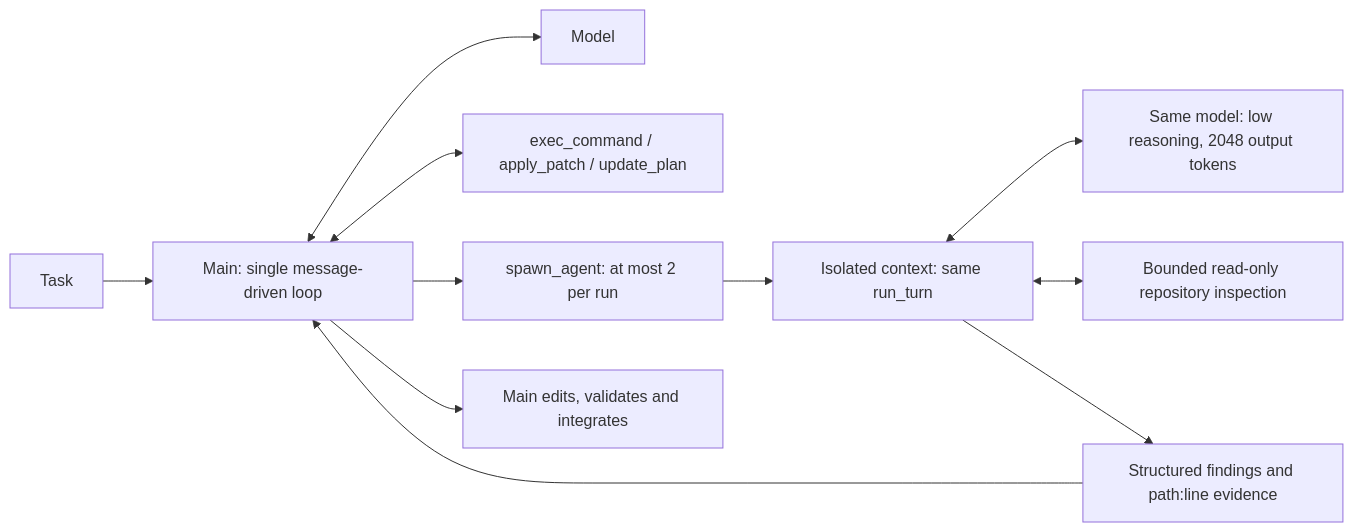
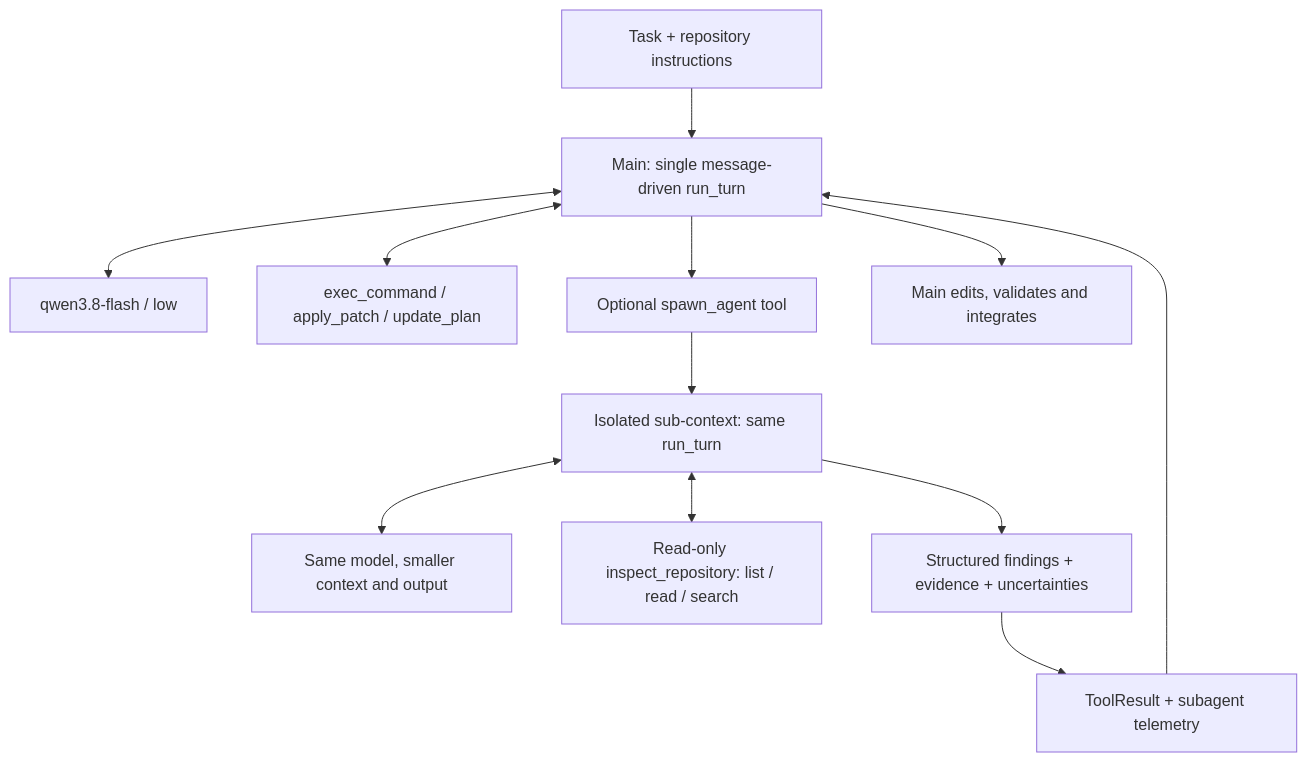
The diagram in docs/next/v0.3-final.md (K529529/Nexus), drawn with Mermaid before and after one commit. The commit also changed other lines of this file and 1 other file, not shown here.

````diff
--- a/docs/next/v0.3-final.md
+++ b/docs/next/v0.3-final.md
@@ -9,13 +11,14 @@
 ```mermaid
-flowchart LR
-    U[Task] --> M[Main: single message-driven loop]
-    M <--> L[Model]
+flowchart TD
+    U[Task + repository instructions] --> M[Main: single message-driven run_turn]
+    M <--> L[qwen3.8-flash / low]
     M <--> T[exec_command / apply_patch / update_plan]
-    M --> S[spawn_agent: at most 2 per run]
-    S --> C[Isolated context: same run_turn]
-    C <--> LM[Same model: low reasoning, 2048 output tokens]
-    C <--> R[Bounded read-only repository inspection]
-    C --> F[Structured findings and path:line evidence]
-    F --> M
-    M --> I[Main edits, validates and integrates]
+    M --> S[Optional spawn_agent tool]
+    S --> C[Isolated sub-context: same run_turn]
+    C <--> CM[Same model, smaller context and output]
+    C <--> R[Read-only inspect_repository: list / read / search]
+    C --> E[Structured findings + evidence + uncertainties]
+    E --> TR[ToolResult + subagent telemetry]
+    TR --> M
+    M --> F[Main edits, validates and integrates]
 ```
````
